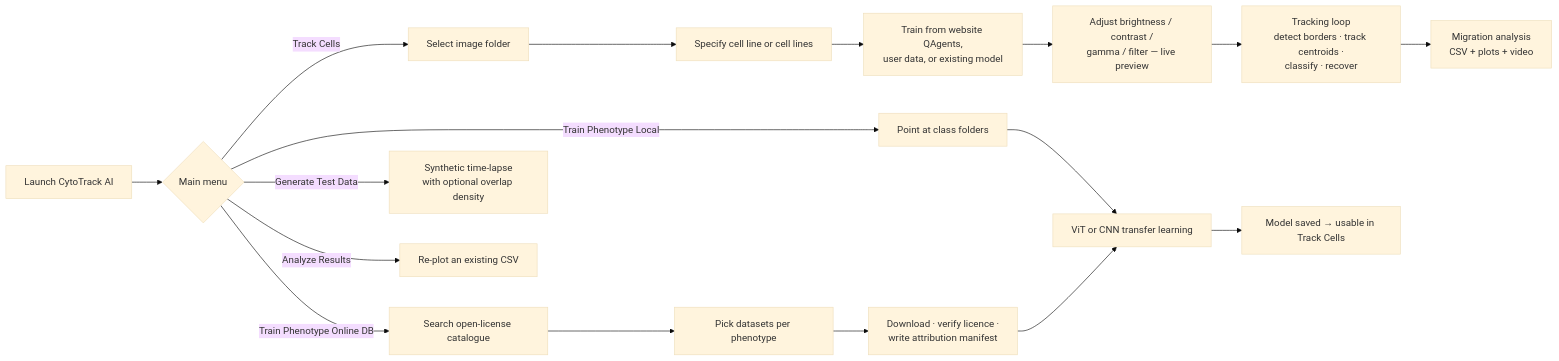
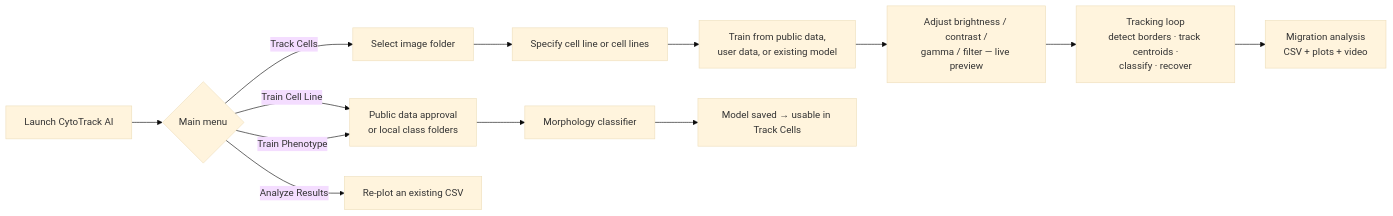
Before and after one commit to SciSpectator/CytoTrack-AI: the second of 2 diagrams in README.md, drawn with Mermaid (base theme). The commit also changed other lines of this file and 124 other files, not shown here.

````diff
--- a/README.md
+++ b/README.md
@@ -167,22 +195,17 @@
 ```mermaid
 flowchart LR
     A[Launch CytoTrack AI] --> B{Main menu}
     B -->|Track Cells| C[Select image folder]
     C --> D[Specify cell line or cell lines]
-    D --> E[Train from website QAgents,<br/>user data, or existing model]
+    D --> E[Train from public data,<br/>user data, or existing model]
     E --> P[Adjust brightness / contrast /<br/>gamma / filter — live preview]
     P --> F[Tracking loop<br/>detect borders · track centroids ·<br/>classify · recover]
     F --> G[Migration analysis<br/>CSV + plots + video]
 
-    B -->|Train Phenotype Local| H[Point at class folders]
-    H --> I[ViT or CNN transfer learning]
+    B -->|Train Cell Line| H[Public data approval<br/>or local class folders]
+    B -->|Train Phenotype| H
+    H --> I[Morphology classifier]
     I --> J[Model saved → usable in Track Cells]
 
-    B -->|Train Phenotype Online DB| K[Search open-license catalogue]
-    K --> L[Pick datasets per phenotype]
-    L --> M[Download · verify licence ·<br/>write attribution manifest]
-    M --> I
-
-    B -->|Generate Test Data| N[Synthetic time-lapse<br/>with optional overlap density]
     B -->|Analyze Results| O[Re-plot an existing CSV]
 ```
````
